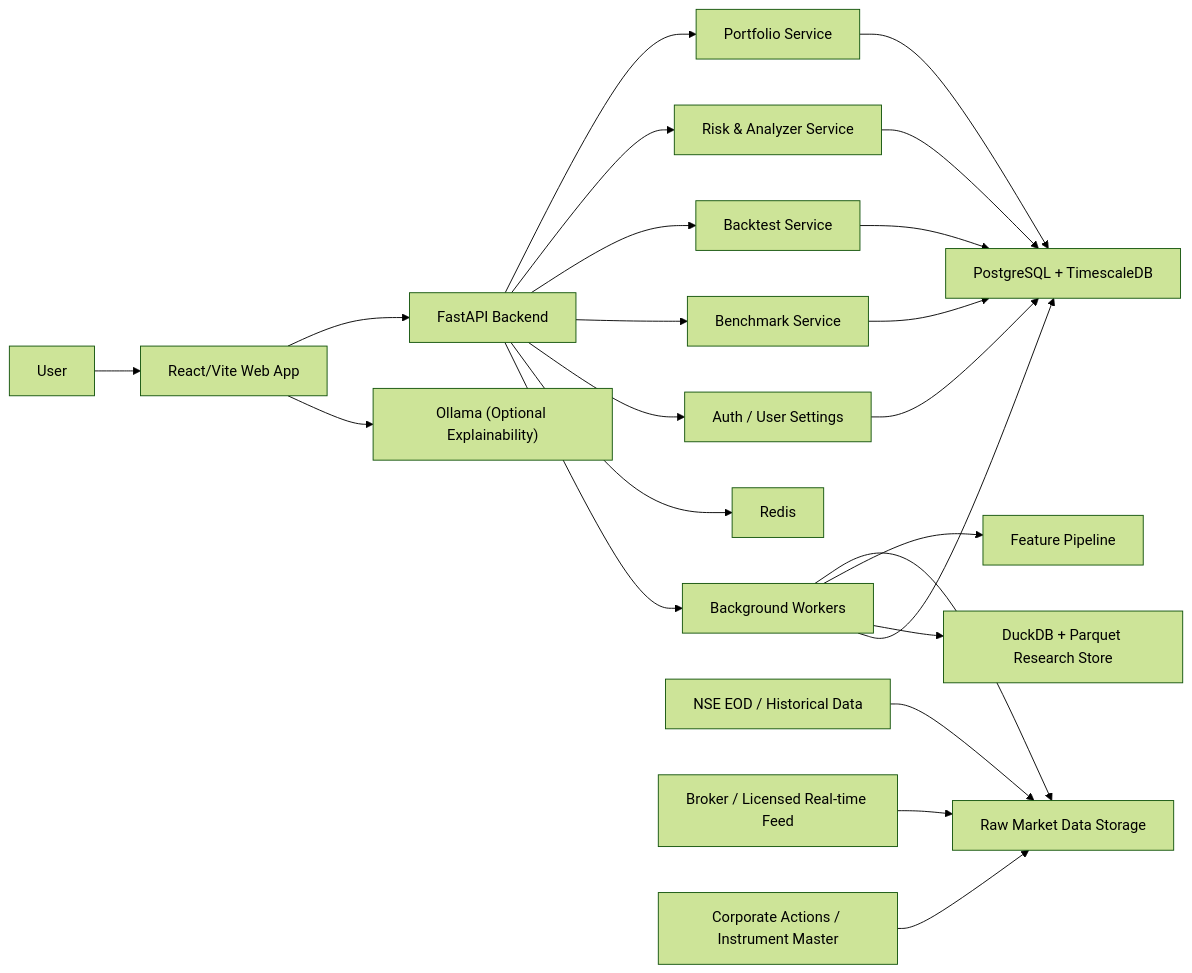
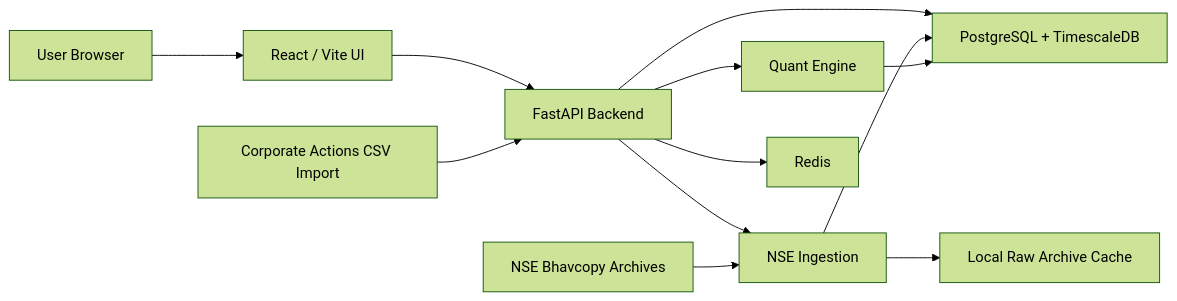
The diagram in docs/architecture.md (shahpruthaa/capstone), drawn with Mermaid (forest theme) before and after one commit. The commit also changed other lines of this file and 217 other files, not shown here.

````diff
--- a/docs/architecture.md
+++ b/docs/architecture.md
@@ -42,31 +16,16 @@
 ```mermaid
 flowchart LR
-    U["User"] --> W["React/Vite Web App"]
+    U["User Browser"] --> WEB["React / Vite UI"]
+    WEB --> API["FastAPI Backend"]
 
-    W --> API["FastAPI Backend"]
-    W --> OLLAMA["Ollama (Optional Explainability)"]
+    API --> QE["Quant Engine"]
+    API --> ING["NSE Ingestion"]
+    API --> PG["PostgreSQL + TimescaleDB"]
+    API --> REDIS["Redis"]
 
-    API --> PORT["Portfolio Service"]
-    API --> RISK["Risk & Analyzer Service"]
-    API --> SIM["Backtest Service"]
-    API --> BENCH["Benchmark Service"]
-    API --> AUTH["Auth / User Settings"]
-
-    PORT --> PG["PostgreSQL + TimescaleDB"]
-    RISK --> PG
-    SIM --> PG
-    BENCH --> PG
-    AUTH --> PG
-
-    API --> REDIS["Redis"]
-    API --> WORKER["Background Workers"]
-
-    WORKER --> RAW["Raw Market Data Storage"]
-    WORKER --> FEAT["Feature Pipeline"]
-    WORKER --> DUCK["DuckDB + Parquet Research Store"]
-    WORKER --> PG
-
-    NSE["NSE EOD / Historical Data"] --> RAW
-    BROKER["Broker / Licensed Real-time Feed"] --> RAW
-    CORP["Corporate Actions / Instrument Master"] --> RAW
+    NSE["NSE Bhavcopy Archives"] --> ING
+    CA["Corporate Actions CSV Import"] --> API
+    ING --> RAW["Local Raw Archive Cache"]
+    ING --> PG
+    QE --> PG
 ```
````
